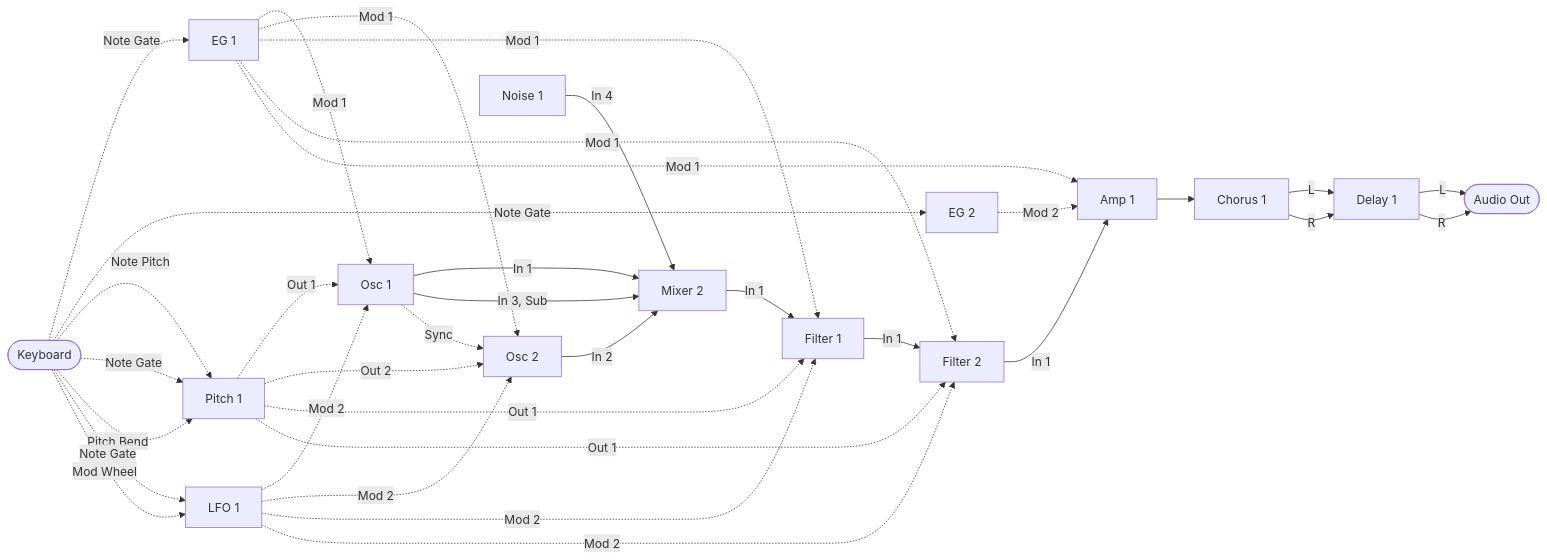
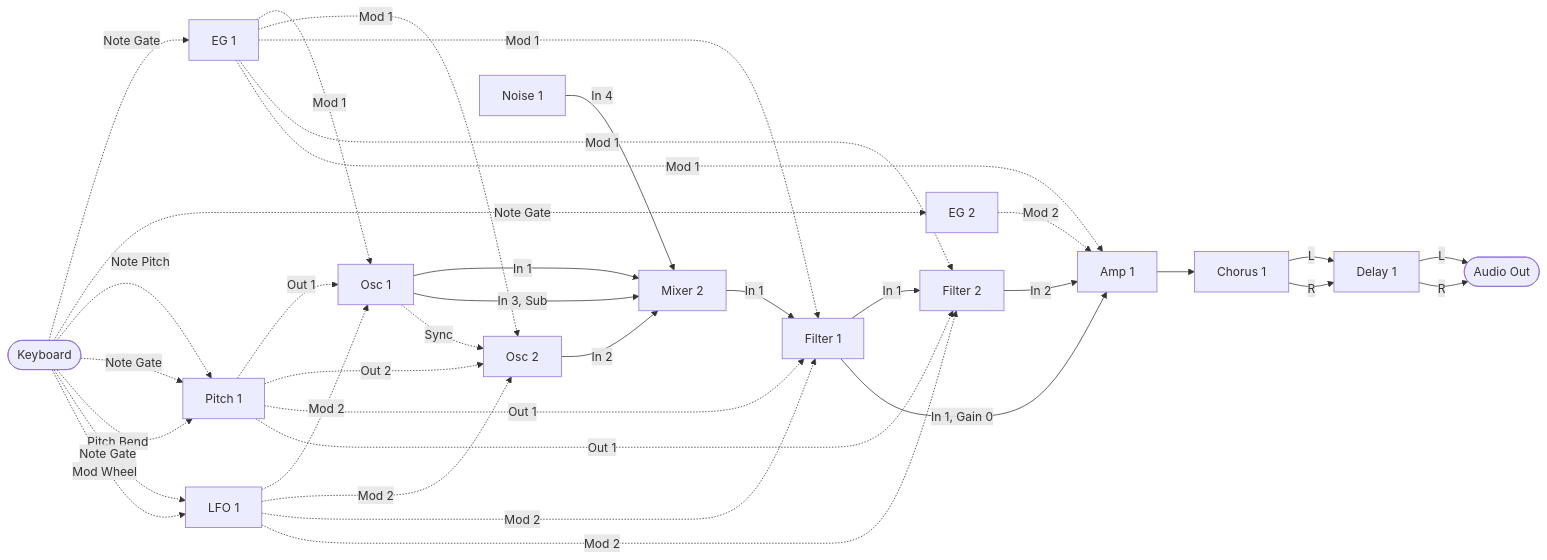
Before and after one commit to risgk/midi_synthesizer_spms1: the diagram in spms1_type2/README.ja.md, drawn with Mermaid. The commit also changed other lines of this file and 10 other files, not shown here.

First line of the commit message:
type-2: Amp 1 takes Filter 1 on Audio In 1 at a gain of 0.0 and Filter 2 on Audio In 2

````diff
--- a/spms1_type2/README.ja.md
+++ b/spms1_type2/README.ja.md
@@ -233,54 +233,55 @@
 ```mermaid
 flowchart LR
   KBD([Keyboard])
   PITCH[Pitch 1]
   LFO[LFO 1]
   EG[EG 1]
   EG2[EG 2]
   OSC[Osc 1]
   OSC2[Osc 2]
   NOISE[Noise 1]
   MIX2[Mixer 2]
   FILTER[Filter 1]
   FILTER2[Filter 2]
   AMP[Amp 1]
   CHORUS[Chorus 1]
   DELAY[Delay 1]
   OUT([Audio Out])
 
   OSC -->|In 1| MIX2
   OSC2 -->|In 2| MIX2
   OSC -->|In 3, Sub| MIX2
   NOISE -->|In 4| MIX2
   MIX2 -->|In 1| FILTER
   FILTER -->|In 1| FILTER2
-  FILTER2 -->|In 1| AMP
+  FILTER -->|In 1, Gain 0| AMP
+  FILTER2 -->|In 2| AMP
   AMP --> CHORUS
   CHORUS -->|L| DELAY
   CHORUS -->|R| DELAY
   DELAY -->|L| OUT
   DELAY -->|R| OUT
 
   KBD -. Note Gate .-> EG
   KBD -. Note Gate .-> EG2
   KBD -. Note Pitch .-> PITCH
   KBD -. Note Gate .-> PITCH
   KBD -. Pitch Bend .-> PITCH
   PITCH -. Out 1 .-> OSC
   EG -. Mod 1 .-> OSC
   LFO -. Mod 2 .-> OSC
   PITCH -. Out 2 .-> OSC2
   EG -. Mod 1 .-> OSC2
   LFO -. Mod 2 .-> OSC2
   EG -. Mod 1 .-> FILTER
   LFO -. Mod 2 .-> FILTER
   PITCH -. Out 1 .-> FILTER
   EG -. Mod 1 .-> FILTER2
   LFO -. Mod 2 .-> FILTER2
   PITCH -. Out 1 .-> FILTER2
   EG -. Mod 1 .-> AMP
   EG2 -. Mod 2 .-> AMP
   OSC -. Sync .-> OSC2
   KBD -. Note Gate .-> LFO
   KBD -. Mod Wheel .-> LFO
 ```
````
